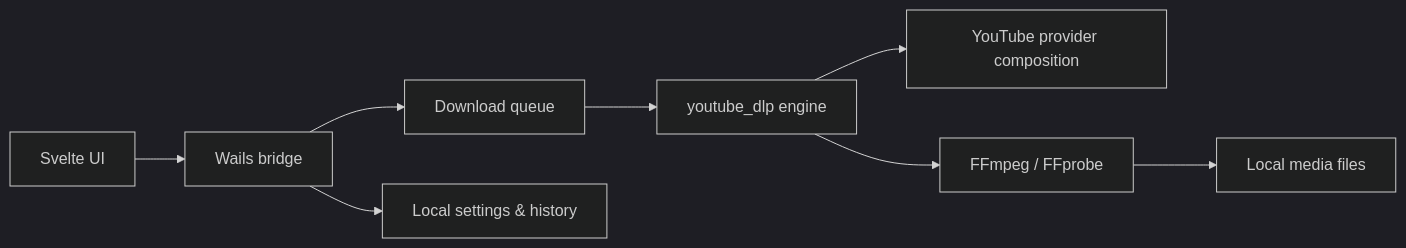
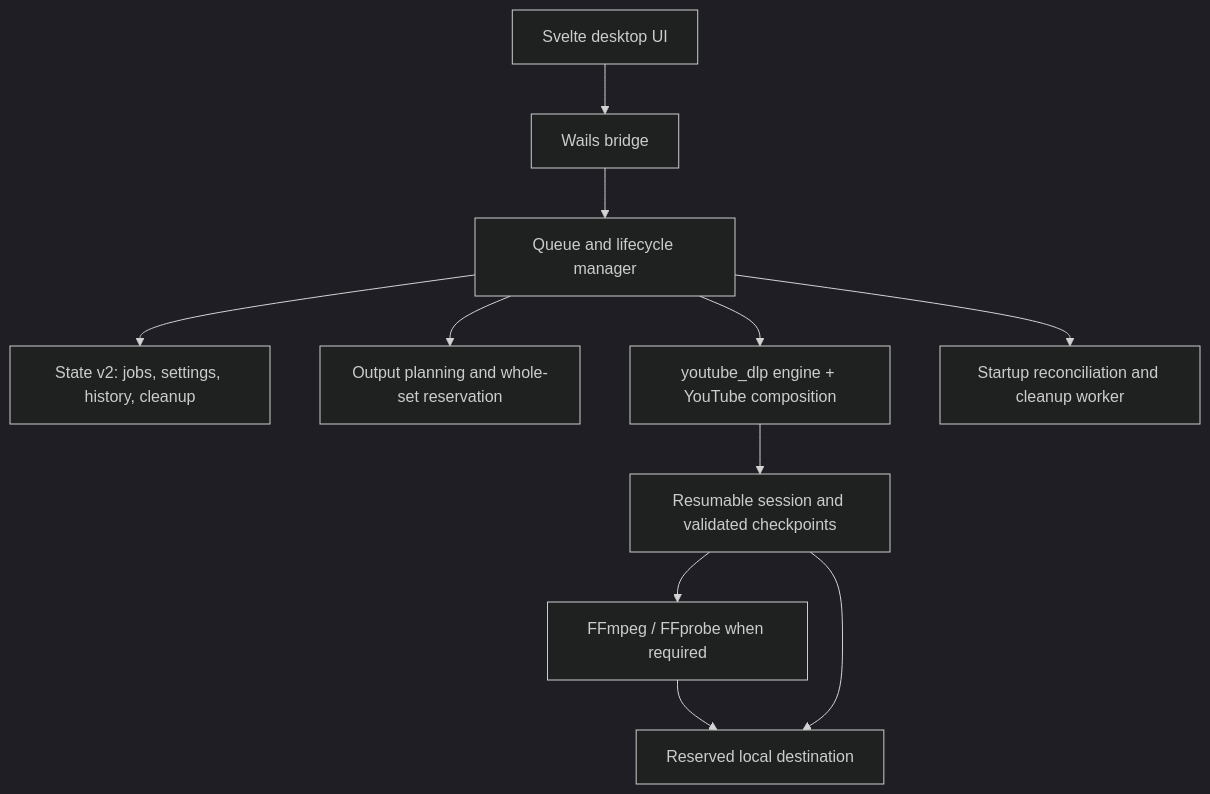
The diagram in README.md (tejasa97/vidstow), drawn with Mermaid (dark theme) before and after one commit. The commit also changed other lines of this file, not shown here.

Commit message:
docs: overhaul README for durable lifecycle

````diff
--- a/README.md
+++ b/README.md
@@ -135,10 +197,13 @@
 ```mermaid
-flowchart LR
-    UI["Svelte UI"] --> Bridge["Wails bridge"]
-    Bridge --> Queue["Download queue"]
-    Bridge --> Store["Local settings & history"]
-    Queue --> Engine["youtube_dlp engine"]
-    Engine --> Provider["YouTube provider composition"]
-    Engine --> FFmpeg["FFmpeg / FFprobe"]
-    FFmpeg --> Files["Local media files"]
+flowchart TD
+    UI["Svelte desktop UI"] --> Bridge["Wails bridge"]
+    Bridge --> Manager["Queue and lifecycle manager"]
+    Manager --> State["State v2: jobs, settings, history, cleanup"]
+    Manager --> Admission["Output planning and whole-set reservation"]
+    Manager --> Engine["youtube_dlp engine + YouTube composition"]
+    Engine --> Session["Resumable session and validated checkpoints"]
+    Session --> Processing["FFmpeg / FFprobe when required"]
+    Processing --> Files["Reserved local destination"]
+    Session --> Files
+    Manager --> Recovery["Startup reconciliation and cleanup worker"]
 ```
````
